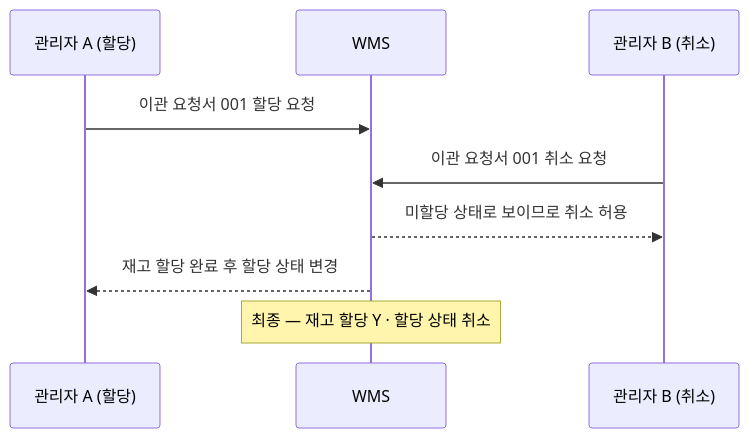
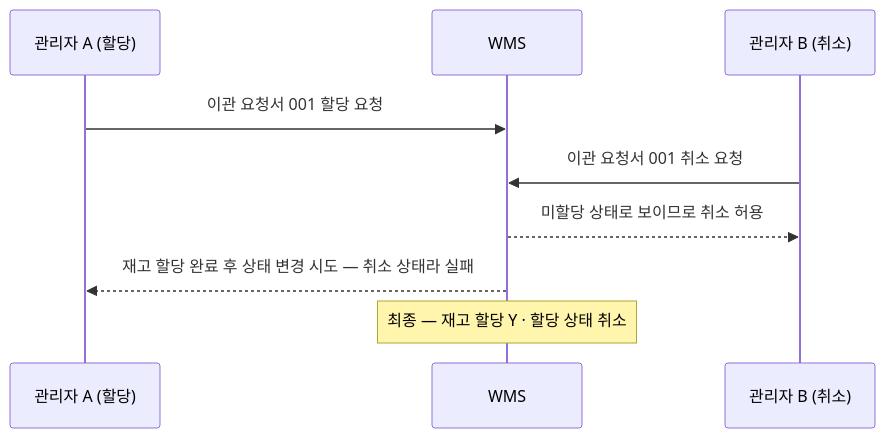
Before and after one commit to devholic22/logistics-backend-study: the first of 2 diagrams in books/요즘-우아한-백엔드-개발/13-wms-재고-이관을-위한-분산-락-사용기/2-할당과-취소가-동시에-요청된다면.md, drawn with Mermaid. The commit also changed other lines of this file and 2 other files, not shown here.

Commit message:
docs: 분산 락 흐름과 장 번호 표현 보완

````diff
--- a/books/요즘-우아한-백엔드-개발/13-wms-재고-이관을-위한-분산-락-사용기/2-할당과-취소가-동시에-요청된다면.md
+++ b/books/요즘-우아한-백엔드-개발/13-wms-재고-이관을-위한-분산-락-사용기/2-할당과-취소가-동시에-요청된다면.md
@@ -16,11 +16,11 @@
 ```mermaid
 sequenceDiagram
     participant A as 관리자 A (할당)
     participant W as WMS
     participant B as 관리자 B (취소)
     A->>W: 이관 요청서 001 할당 요청
     B->>W: 이관 요청서 001 취소 요청
     W-->>B: 미할당 상태로 보이므로 취소 허용
-    W-->>A: 재고 할당 완료 후 할당 상태 변경
+    W-->>A: 재고 할당 완료 후 상태 변경 시도 — 취소 상태라 실패
     Note over W: 최종 — 재고 할당 Y · 할당 상태 취소
 ```
````
